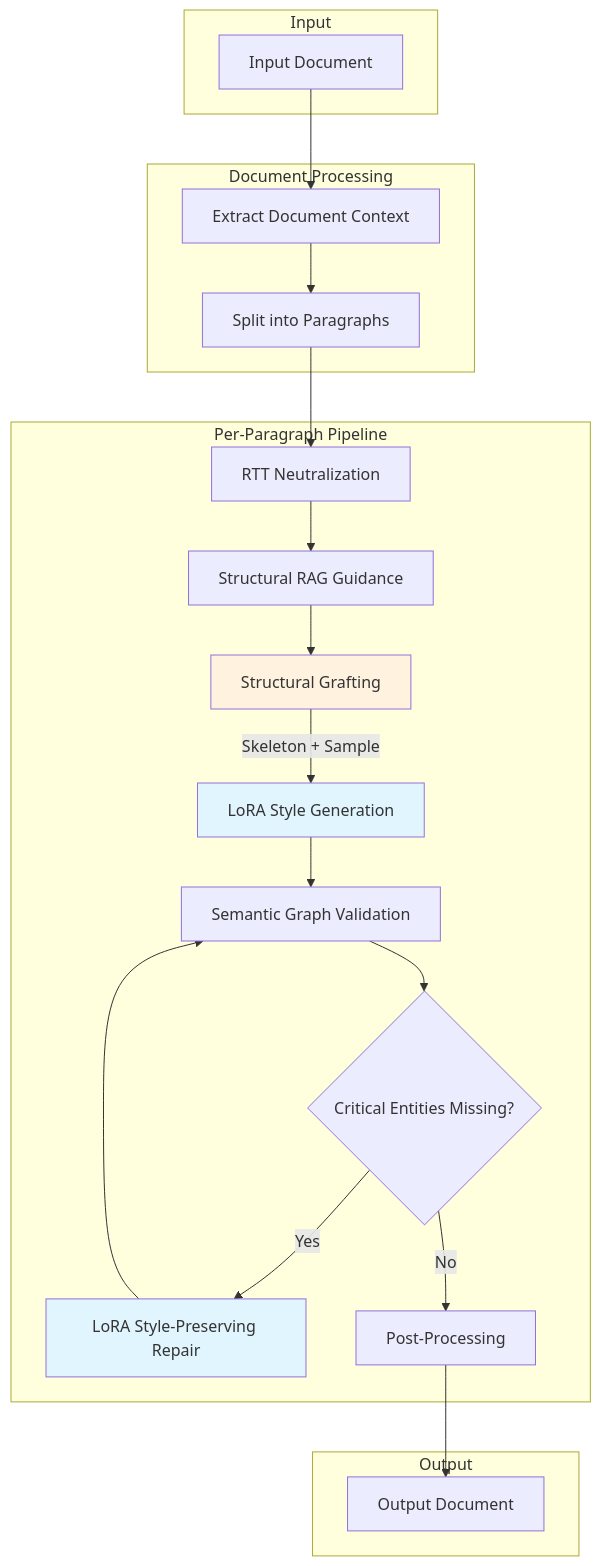
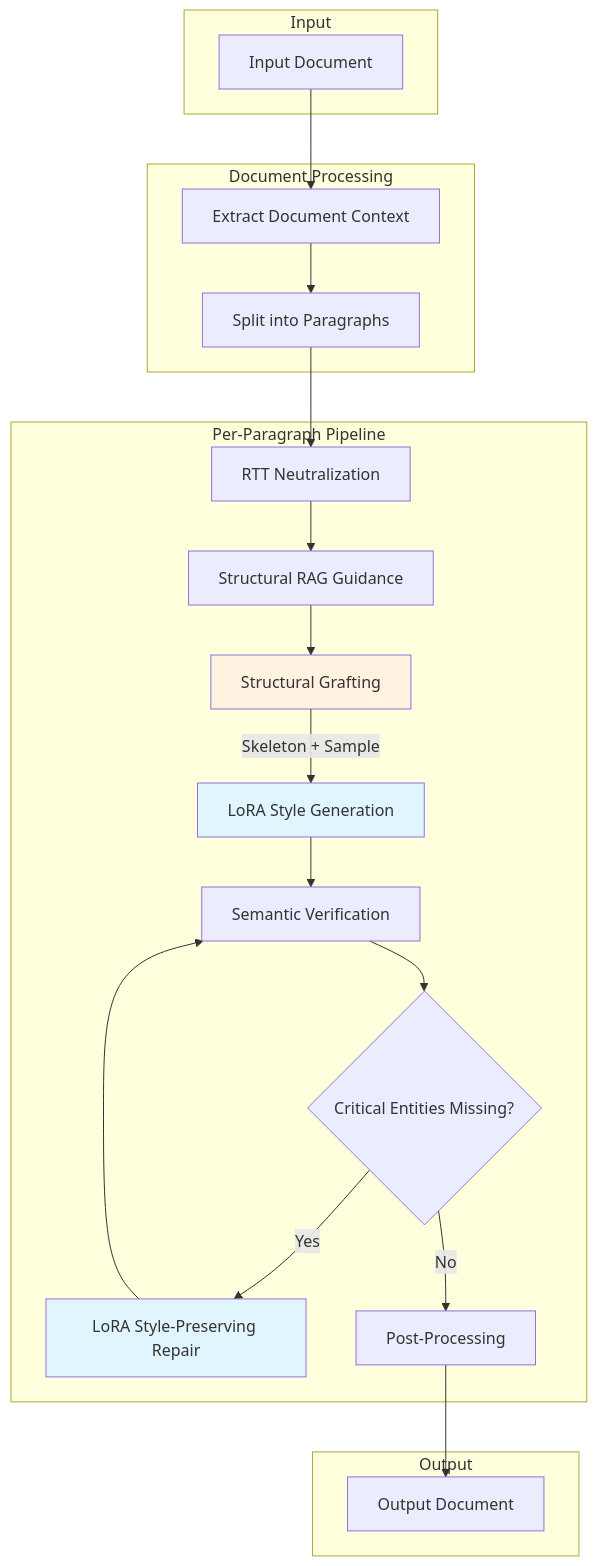
One commit to yogthos/revenant changed the second of 2 diagrams in README.md. Above: the diagram before and after it, drawn with Mermaid. The commit also changed other lines of this file and 20 other files, not shown here.

````diff
--- a/README.md
+++ b/README.md
@@ -613,43 +613,43 @@
 ```mermaid
 flowchart TD
     subgraph Input
         A[Input Document]
     end
 
     subgraph "Document Processing"
         B[Extract Document Context]
         C[Split into Paragraphs]
     end
 
     subgraph "Per-Paragraph Pipeline"
         D[RTT Neutralization]
         E[Structural RAG Guidance]
         E2[Structural Grafting]
         F[LoRA Style Generation]
-        G[Semantic Graph Validation]
+        G[Semantic Verification]
         H{Critical Entities Missing?}
         I[LoRA Style-Preserving Repair]
         J[Post-Processing]
     end
 
     subgraph Output
         K[Output Document]
     end
 
     A --> B
     B --> C
     C --> D
     D --> E
     E --> E2
     E2 -->|Skeleton + Sample| F
     F --> G
     G --> H
     H -->|Yes| I
     I --> G
     H -->|No| J
     J --> K
 
     style I fill:#e1f5fe
     style F fill:#e1f5fe
     style E2 fill:#fff3e0
 ```
````
